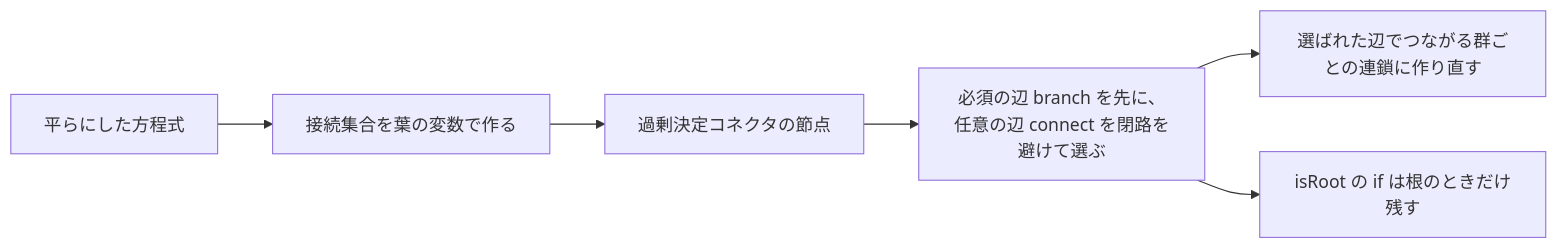
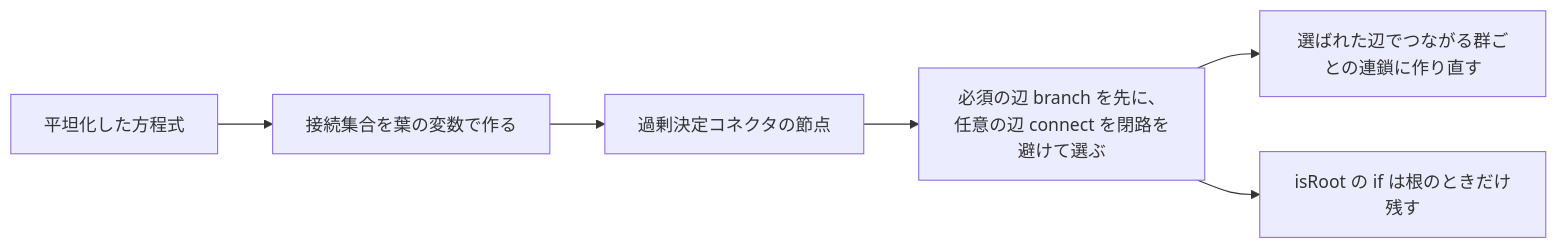
One commit to asari300/20261018_GlobeMode changed the diagram in doc/sessions/S312-dae-mismatches/解説書.md. Above: the diagram before and after it, drawn with Mermaid. The commit also changed other lines of this file and 116 other files, not shown here.

````diff
--- a/doc/sessions/S312-dae-mismatches/解説書.md
+++ b/doc/sessions/S312-dae-mismatches/解説書.md
@@ -31,8 +31,8 @@
 ```mermaid
 flowchart LR
-  F[平らにした方程式] --> C[接続集合を葉の変数で作る]
+  F[平坦化した方程式] --> C[接続集合を葉の変数で作る]
   C --> G[過剰決定コネクタの節点]
   G --> T[必須の辺 branch を先に、任意の辺 connect を閉路を避けて選ぶ]
   T --> R[選ばれた辺でつながる群ごとの連鎖に作り直す]
   T --> I[isRoot の if は根のときだけ残す]
 ```
````
